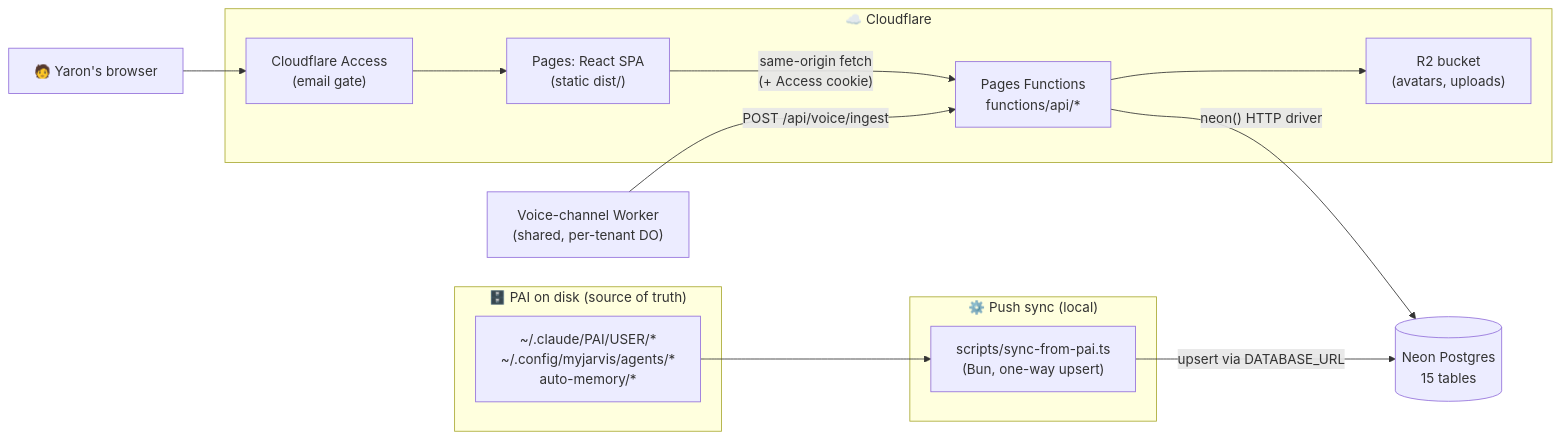
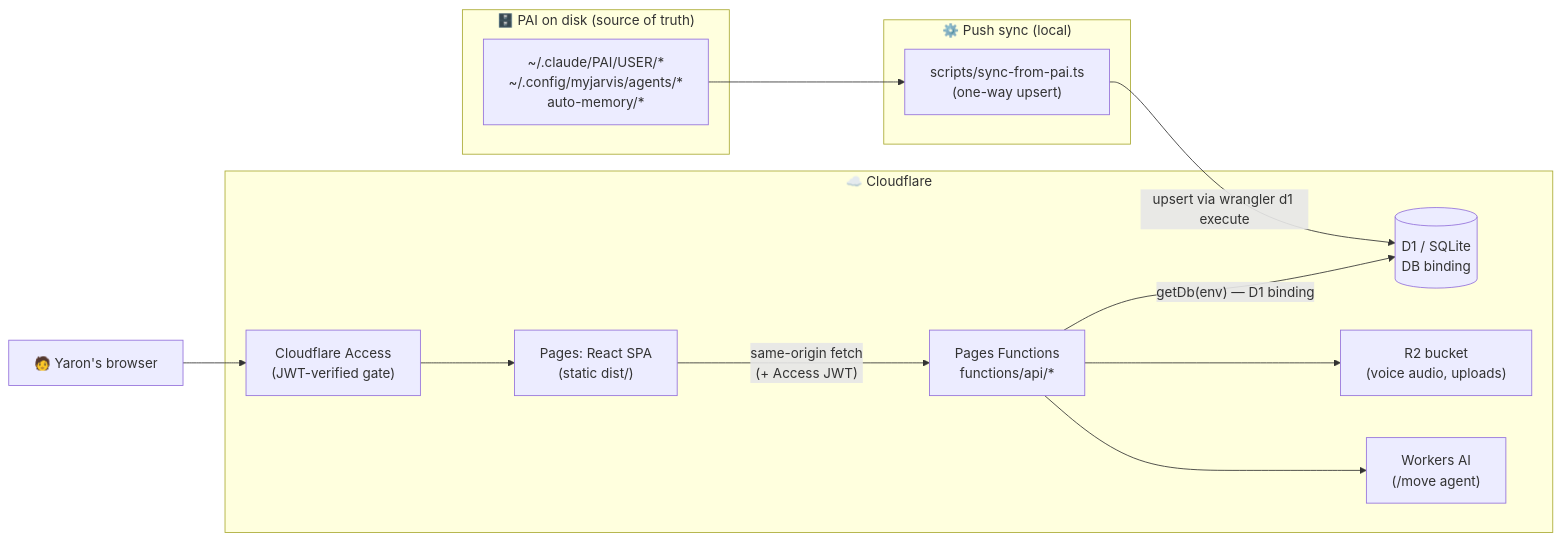
The first of 8 diagrams in docs/ARCHITECTURE.md (aitheroad-dev/my-jarvis-dashboard-yaron), drawn with Mermaid before and after one commit. The commit also changed other lines of this file and 6 other files, not shown here.

Commit message:
docs: align dashboard docs with current stack — D1 + Cloudflare Access + direct-upload deploy, 15-page taxonomy (Tickets→Situation); reframe CLAUDE.md + myjarvis-dashboard skill as live instance, demote Neon/WorkOS/template flow to historical

````diff
--- a/docs/ARCHITECTURE.md
+++ b/docs/ARCHITECTURE.md
@@ -18,24 +18,24 @@
 ```mermaid
 flowchart LR
   subgraph Disk["🗄️ PAI on disk (source of truth)"]
     PAI["~/.claude/PAI/USER/*\n~/.config/myjarvis/agents/*\nauto-memory/*"]
   end
   subgraph Sync["⚙️ Push sync (local)"]
-    TOOL["scripts/sync-from-pai.ts\n(Bun, one-way upsert)"]
+    TOOL["scripts/sync-from-pai.ts\n(one-way upsert)"]
   end
   subgraph CF["☁️ Cloudflare"]
-    ACCESS["Cloudflare Access\n(email gate)"]
+    ACCESS["Cloudflare Access\n(JWT-verified gate)"]
     PAGES["Pages: React SPA\n(static dist/)"]
     FN["Pages Functions\nfunctions/api/*"]
-    R2["R2 bucket\n(avatars, uploads)"]
+    D1[("D1 / SQLite\nDB binding")]
+    R2["R2 bucket\n(voice audio, uploads)"]
+    AI["Workers AI\n(/move agent)"]
   end
-  NEON[("Neon Postgres\n15 tables")]
-  VC["Voice-channel Worker\n(shared, per-tenant DO)"]
 
-  PAI --> TOOL -->|"upsert via DATABASE_URL"| NEON
+  PAI --> TOOL -->|"upsert via wrangler d1 execute"| D1
   Browser["🧑 Yaron's browser"] --> ACCESS --> PAGES
-  PAGES -->|"same-origin fetch\n(+ Access cookie)"| FN
-  FN -->|"neon() HTTP driver"| NEON
+  PAGES -->|"same-origin fetch\n(+ Access JWT)"| FN
+  FN -->|"getDb(env) — D1 binding"| D1
   FN --> R2
-  VC -->|"POST /api/voice/ingest"| FN
+  FN --> AI
 ```
````
